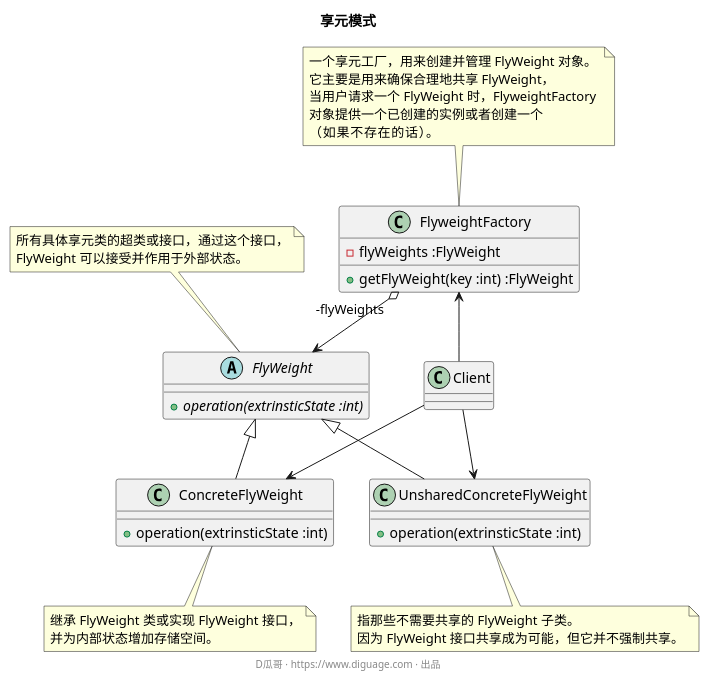
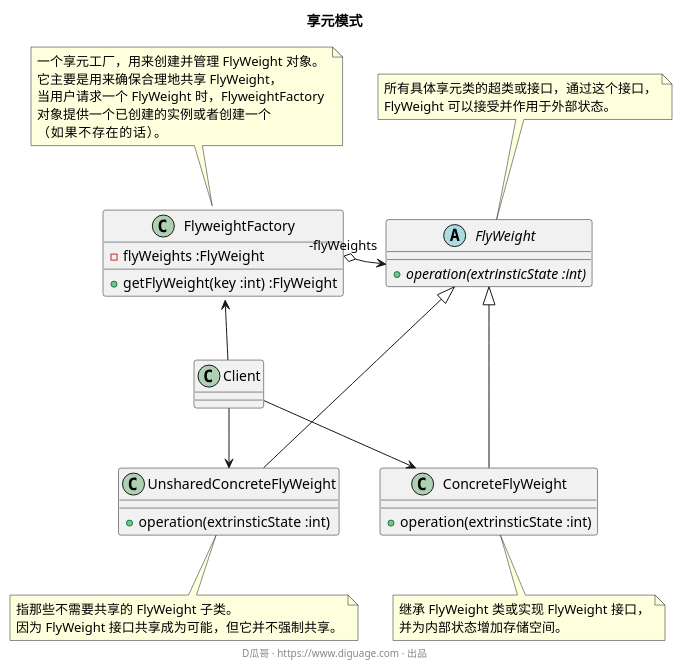
One commit to diguage/deep-in-design-patterns changed the diagram in docs/assets/puml/flyweight.puml. Above: the diagram before and after it, drawn with PlantUML. The commit also changed 16 other files, not shown here.

```diff
--- a/docs/assets/puml/flyweight.puml
+++ b/docs/assets/puml/flyweight.puml
@@ -1,39 +1,38 @@
 @startuml
 title "**享元模式**"
 
 class FlyweightFactory {
   - flyWeights :FlyWeight
   + getFlyWeight(key :int) :FlyWeight
 }
 note top:一个享元工厂，用来创建并管理 FlyWeight 对象。\n它主要是用来确保合理地共享 FlyWeight，\n当用户请求一个 FlyWeight 时，FlyweightFactory \n对象提供一个已创建的实例或者创建一个\n（如果不存在的话）。
 
 abstract class FlyWeight {
   + {abstract} operation(extrinsticState :int)
 }
 note top: 所有具体享元类的超类或接口，通过这个接口，\nFlyWeight 可以接受并作用于外部状态。
 
 class ConcreteFlyWeight {
   + operation(extrinsticState :int)
 }
 note bottom: 继承 FlyWeight 类或实现 FlyWeight 接口，\n并为内部状态增加存储空间。
 
 class UnsharedConcreteFlyWeight {
   + operation(extrinsticState :int)
 }
 note bottom: 指那些不需要共享的 FlyWeight 子类。\n因为 FlyWeight 接口共享成为可能，但它并不强制共享。
 
-class Client {
-}
+class Client
 
-FlyweightFactory "-flyWeights" o-right-> FlyWeight
+FlyweightFactory::flyWeights "-flyWeights" o-> FlyWeight
 
-FlyWeight <|-- ConcreteFlyWeight
-FlyWeight <|-- UnsharedConcreteFlyWeight
+FlyWeight <|--- ConcreteFlyWeight
+FlyWeight <|--- UnsharedConcreteFlyWeight
 
 FlyweightFactory <-- Client
 
 Client --> ConcreteFlyWeight
 Client --> UnsharedConcreteFlyWeight
 
 footer D瓜哥 · https://www.diguage.com · 出品
 @enduml
```
